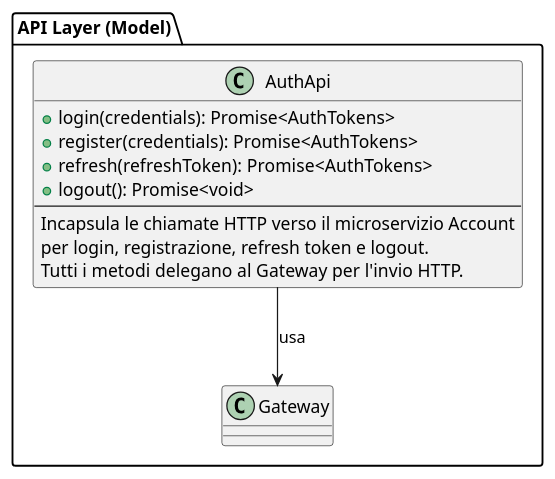
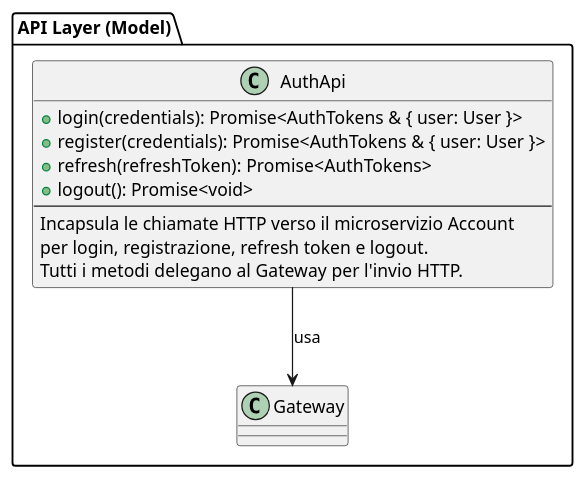
One commit to SkarabGroup/DocumentazioneProgetto changed the diagram in assets/st_diagrams/code/frontend/api/auth_api.plantuml. Above: the diagram before and after it, drawn with PlantUML. The commit also changed 42 other files, not shown here.

Commit message:
Diagrammi e sezione frontend ST

```diff
--- a/assets/st_diagrams/code/frontend/api/auth_api.plantuml
+++ b/assets/st_diagrams/code/frontend/api/auth_api.plantuml
@@ -1,16 +1,16 @@
 @startuml
 package "API Layer (Model)" {
   class AuthApi {
-    + login(credentials): Promise<AuthTokens>
-    + register(credentials): Promise<AuthTokens>
+    + login(credentials): Promise<AuthTokens & { user: User }>
+    + register(credentials): Promise<AuthTokens & { user: User }>
     + refresh(refreshToken): Promise<AuthTokens>
     + logout(): Promise<void>
     --
     Incapsula le chiamate HTTP verso il microservizio Account
     per login, registrazione, refresh token e logout.
     Tutti i metodi delegano al Gateway per l'invio HTTP.
   }
 
   AuthApi --> "Gateway" : usa
 }
 @enduml
```
